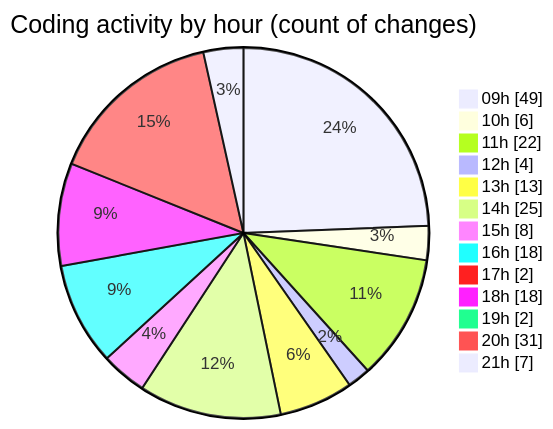
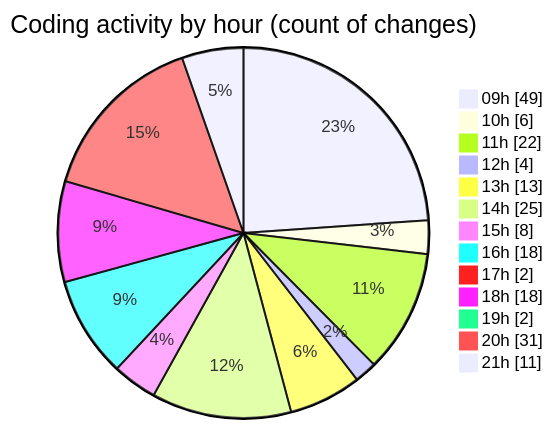
The second of 2 diagrams in 2026-06-17/cda/README.md (momahboobian/code-tracking), drawn with Mermaid before and after one commit. The commit also changed other lines of this file and 1 other file, not shown here.

````diff
--- a/2026-06-17/cda/README.md
+++ b/2026-06-17/cda/README.md
@@ -73,17 +73,17 @@
 ```mermaid
 pie showData
 title Coding activity by hour (count of changes)
 "09h" : 49
 "10h" : 6
 "11h" : 22
 "12h" : 4
 "13h" : 13
 "14h" : 25
 "15h" : 8
 "16h" : 18
 "17h" : 2
 "18h" : 18
 "19h" : 2
 "20h" : 31
-"21h" : 7
+"21h" : 11
 ```
````
